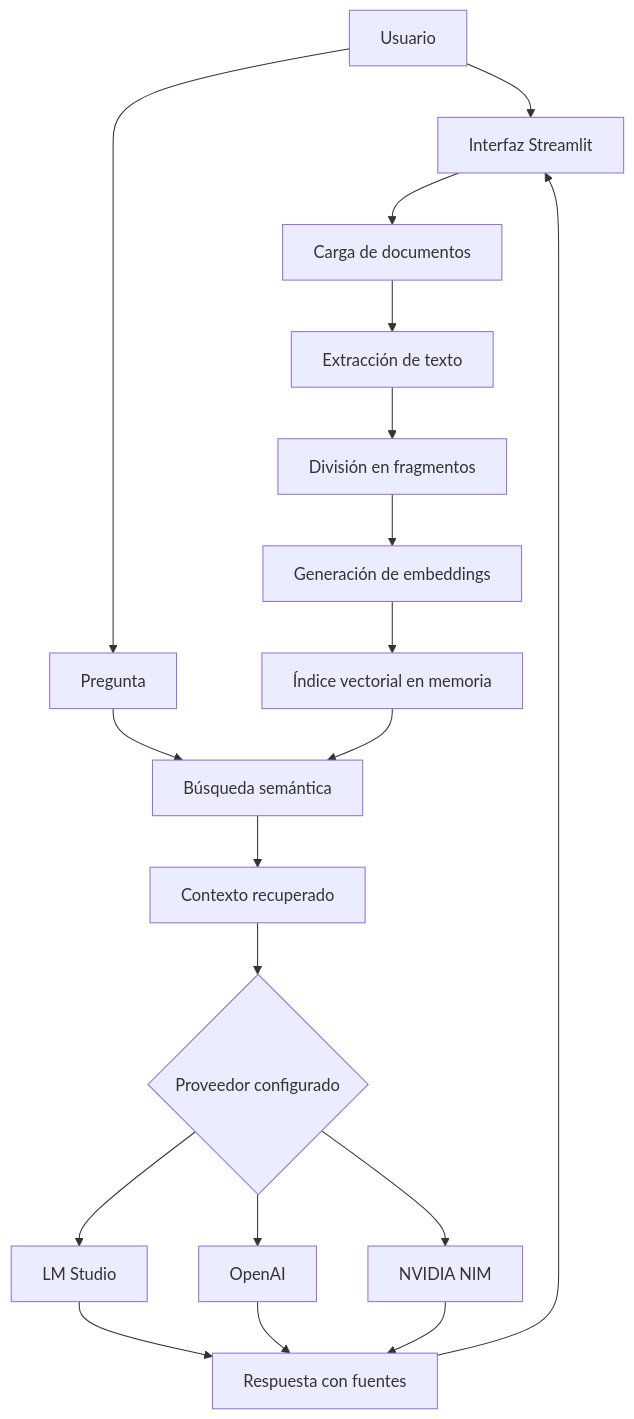
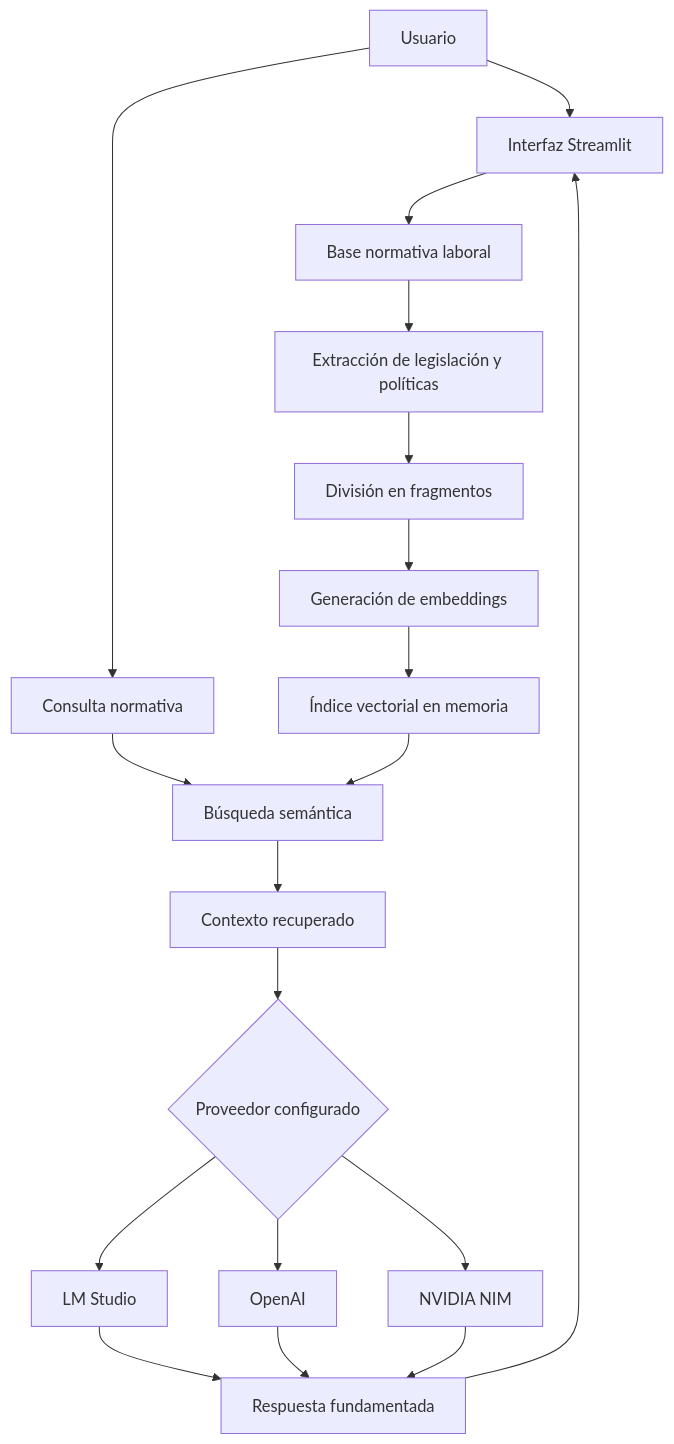
Before and after one commit to ijimenez08/agentes_rag: the diagram in README.md, drawn with Mermaid. The commit also changed other lines of this file and 1 other file, not shown here.

````diff
--- a/README.md
+++ b/README.md
@@ -40,22 +45,22 @@
 ```mermaid
 flowchart TD
     U["Usuario"] --> A["Interfaz Streamlit"]
-    A --> B["Carga de documentos"]
-    B --> C["Extracción de texto"]
+    A --> B["Base normativa laboral"]
+    B --> C["Extracción de legislación y políticas"]
     C --> D["División en fragmentos"]
     D --> E["Generación de embeddings"]
     E --> F["Índice vectorial en memoria"]
 
-    U --> G["Pregunta"]
+    U --> G["Consulta normativa"]
     G --> H["Búsqueda semántica"]
     F --> H
     H --> I["Contexto recuperado"]
     I --> J{"Proveedor configurado"}
     J --> K["LM Studio"]
     J --> L["OpenAI"]
     J --> M["NVIDIA NIM"]
-    K --> N["Respuesta con fuentes"]
+    K --> N["Respuesta fundamentada"]
     L --> N
     M --> N
     N --> A
 ```
````
